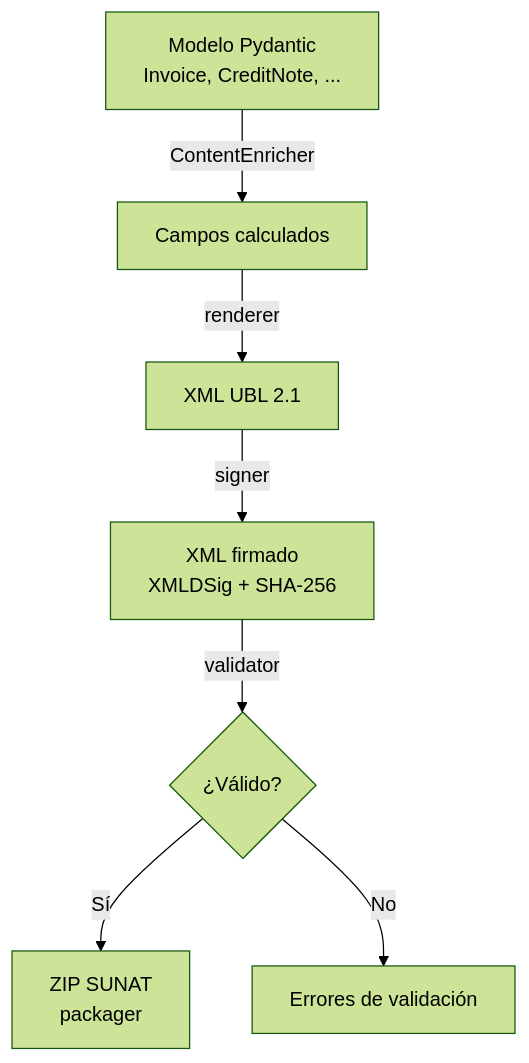
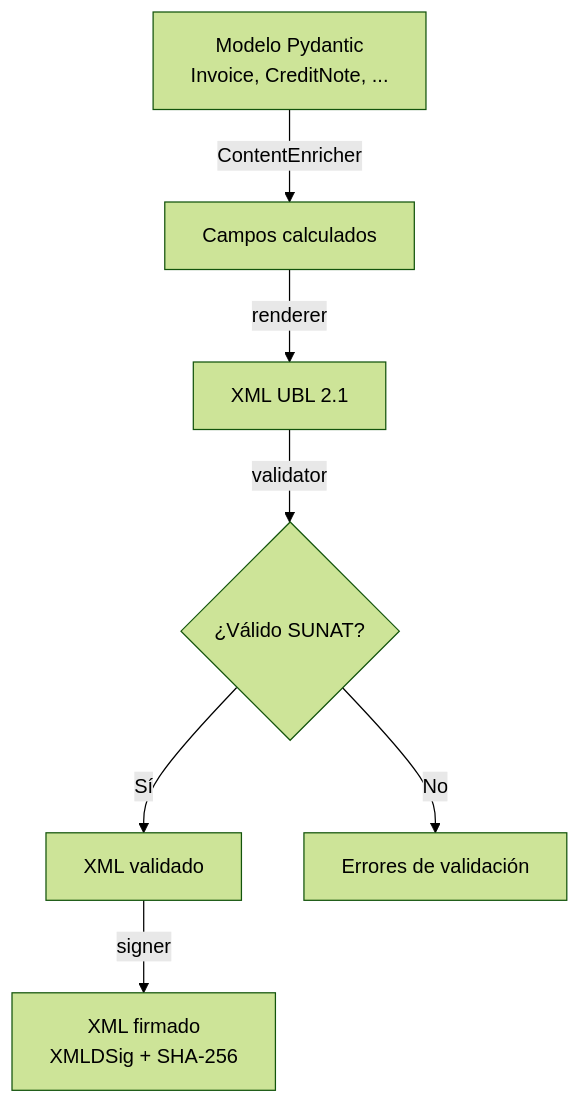
Before and after one commit to darvin2c/openUBL: the first of 3 diagrams in docs/src/content/docs/getting-started/arquitectura.mdx, drawn with Mermaid (forest theme). The commit also changed other lines of this file and 75 other files, not shown here.

````diff
--- a/docs/src/content/docs/getting-started/arquitectura.mdx
+++ b/docs/src/content/docs/getting-started/arquitectura.mdx
@@ -23,9 +21,9 @@
 ```mermaid
 flowchart TB
     A[Modelo Pydantic<br/>Invoice, CreditNote, ...] -->|ContentEnricher| B[Campos calculados]
     B -->|renderer| C[XML UBL 2.1]
-    C -->|signer| D[XML firmado<br/>XMLDSig + SHA-256]
-    D -->|validator| E{¿Válido?}
-    E -->|Sí| F[ZIP SUNAT<br/>packager]
-    E -->|No| G[Errores de validación]
+    C -->|validator| D{¿Válido SUNAT?}
+    D -->|Sí| E[XML validado]
+    D -->|No| F[Errores de validación]
+    E -->|signer| G[XML firmado<br/>XMLDSig + SHA-256]
 ```
````
